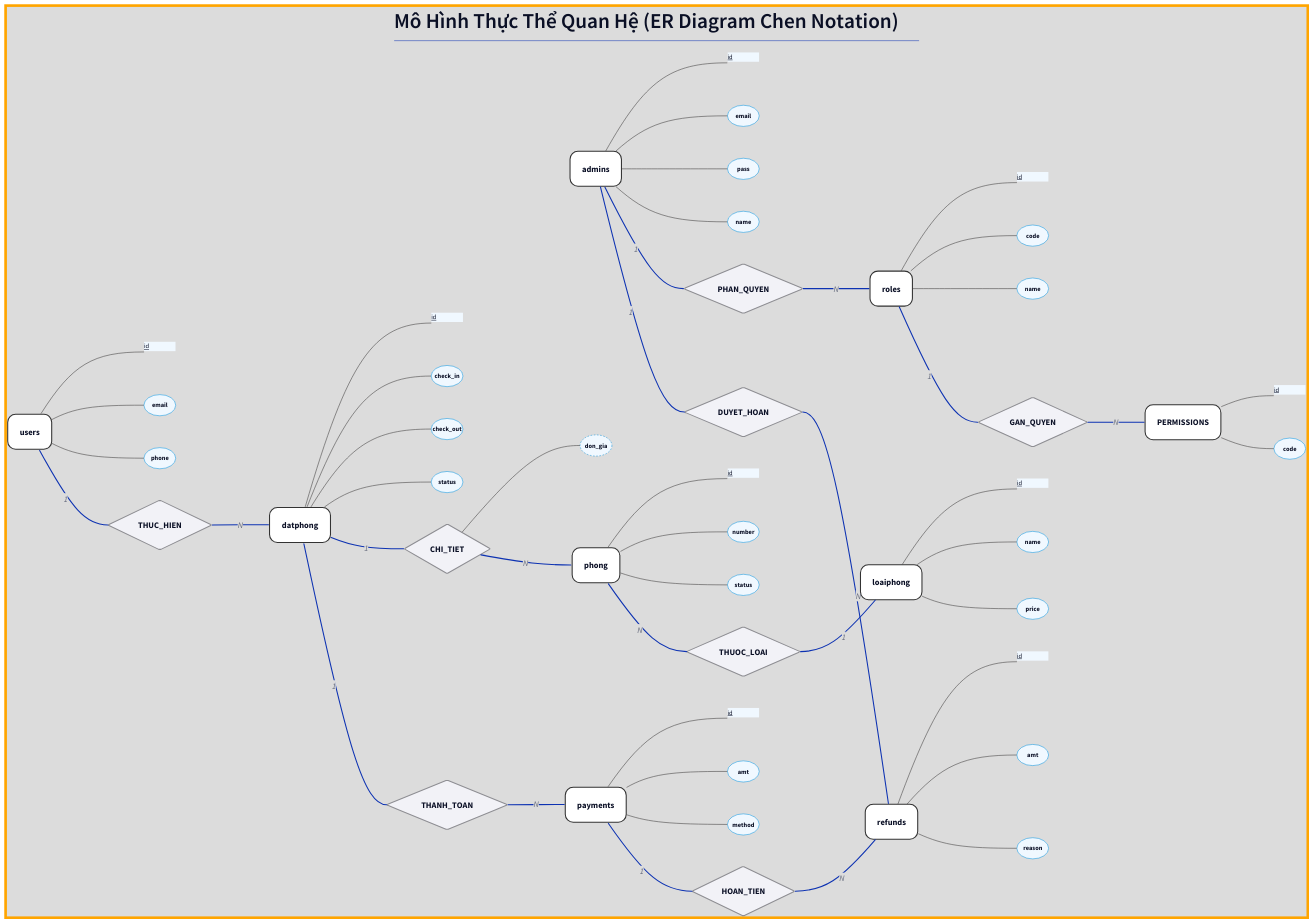
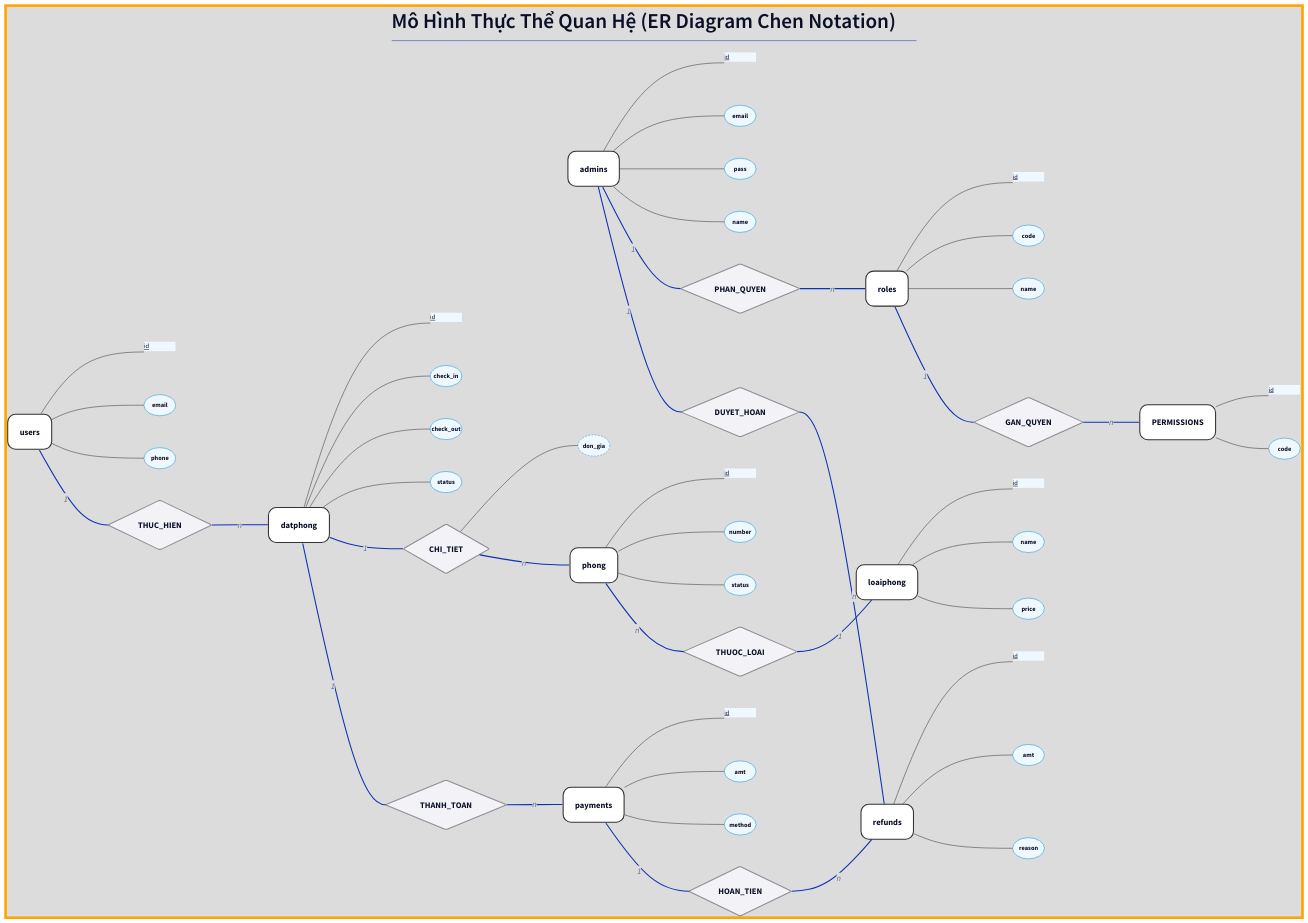
Before and after one commit to sam-uit/typst-report-template: the diagram in content/er.d2, drawn with D2.

```diff
--- a/content/er.d2
+++ b/content/er.d2
@@ -1,196 +1,196 @@
 # Template: D2
 # Author: Sam Dinh
 # Mục đích: Tạo ER Diagram Chen Notation.
 # Trang nguồn: https://d2lang.com/
 # VSCode extension: Terrastruct.d2
 
 direction: right
 
 # Tiêu đề: căn góc trên-giữa
 title: |md
   # Mô Hình Thực Thể Quan Hệ (ER Diagram Chen Notation)
 | {near: top-center}
 
 title.style: {
   font-size: 20
   # font: "mono"
 }
 
 # --- 0. STYLES ---
 style: {
   # font: "mono"
   fill: "#dcdcdc"
   stroke: "orange"
   stroke-width: 5
 }
 
 # --- 1. CSS STYLES (THEME) ---
 classes: {
   # Thực thể: Chữ nhật bo góc Apple style
   entity: {
     shape: rectangle
     style: {
       border-radius: 15
       stroke-width: 2
       fill: "#FFFFFF"
       stroke: "#333333"
     }
   }
 
   # Thuộc tính: Oval màu xanh nhạt
   attr: {
     shape: oval
     width: 60
     height: 40
     style: {
       fill: "#F0F8FF"
       stroke: "#0d95de"
       stroke-width: 1
       font-size: 12
     }
   }
 
   # Quan hệ: Hình thoi
   rel: {
     shape: diamond
     style: {
       fill: "#F2F2F7"
       stroke: "#8E8E93"
     }
   }
 
   # Đường nối thuộc tính: Màu nhạt
   link_attr: {
     style: {
       stroke: "#3a3838"
       stroke-width: 1
     }
   }
 }
 
 # --- 2. DATA MODEL ---
 
 # === AUTH SYSTEM ===
 admins: {class: entity}
 # Attributes
 admin_id: {class: attr; label: |md <u>id</u> |}
 admin_mail: {class: attr; label: email}
 admin_pass: {class: attr; label: pass}
 admin_name: {class: attr; label: name}
 # Connections
 admins -- admin_id: {class: link_attr}
 admins -- admin_mail: {class: link_attr}
 admins -- admin_pass: {class: link_attr}
 admins -- admin_name: {class: link_attr}
 
 roles: {class: entity}
 role_id: {class: attr; label: |md <u>id</u> |}
 role_code: {class: attr; label: code}
 role_name: {class: attr; label: name}
 roles -- role_id: {class: link_attr}
 roles -- role_code: {class: link_attr}
 roles -- role_name: {class: link_attr}
 
 perms: {class: entity; label: PERMISSIONS}
 perm_id: {class: attr; label: |md <u>id</u> |}
 perm_code: {class: attr; label: code}
 perms -- perm_id: {class: link_attr}
 perms -- perm_code: {class: link_attr}
 
 # === BOOKING SYSTEM ===
 users: {class: entity}
 user_id: {class: attr; label: |md <u>id</u> |}
 user_mail: {class: attr; label: email}
 user_phn: {class: attr; label: phone}
 users -- user_id: {class: link_attr}
 users -- user_mail: {class: link_attr}
 users -- user_phn: {class: link_attr}
 
 datphong: {class: entity}
 dp_id: {class: attr; label: |md <u>id</u> |}
 dp_in: {class: attr; label: check_in}
 dp_out: {class: attr; label: check_out}
 dp_stt: {class: attr; label: status}
 datphong -- dp_id: {class: link_attr}
 datphong -- dp_in: {class: link_attr}
 datphong -- dp_out: {class: link_attr}
 datphong -- dp_stt: {class: link_attr}
 
 phong: {class: entity}
 p_id: {class: attr; label: |md <u>id</u> |}
 p_num: {class: attr; label: number}
 p_stt: {class: attr; label: status}
 phong -- p_id: {class: link_attr}
 phong -- p_num: {class: link_attr}
 phong -- p_stt: {class: link_attr}
 
 loaiphong: {class: entity}
 lp_id: {class: attr; label: |md <u>id</u> |}
 lp_name: {class: attr; label: name}
 lp_price: {class: attr; label: price}
 loaiphong -- lp_id: {class: link_attr}
 loaiphong -- lp_name: {class: link_attr}
 loaiphong -- lp_price: {class: link_attr}
 
 # === FINANCE SYSTEM ===
 payments: {class: entity}
 pay_id: {class: attr; label: |md <u>id</u> |}
 pay_amt: {class: attr; label: amt}
 pay_mth: {class: attr; label: method}
 payments -- pay_id: {class: link_attr}
 payments -- pay_amt: {class: link_attr}
 payments -- pay_mth: {class: link_attr}
 
 refunds: {class: entity}
 rf_id: {class: attr; label: |md <u>id</u> |}
 rf_amt: {class: attr; label: amt}
 rf_rsn: {class: attr; label: reason}
 refunds -- rf_id: {class: link_attr}
 refunds -- rf_amt: {class: link_attr}
 refunds -- rf_rsn: {class: link_attr}
 
 # --- 3. RELATIONSHIPS ---
 
 phan_quyen: {class: rel; label: PHAN_QUYEN}
 gan_quyen: {class: rel; label: GAN_QUYEN}
 thuc_hien: {class: rel; label: THUC_HIEN}
 chi_tiet: {class: rel; label: CHI_TIET}
 thuoc_loai: {class: rel; label: THUOC_LOAI}
 thanh_toan: {class: rel; label: THANH_TOAN}
 hoan_tien: {class: rel; label: HOAN_TIEN}
 duyet_hoan: {class: rel; label: DUYET_HOAN}
 
 # Attribute of Relationship
 attr_dongia: {class: attr; label: don_gia; style: {stroke-dash: 3}}
 chi_tiet -- attr_dongia: {class: link_attr}
 
 # --- 4. CONNECTIONS ---
 
 # Admin Flow
 admins -- phan_quyen: 1
-phan_quyen -- roles: N
+phan_quyen -- roles: n
 
 roles -- gan_quyen: 1
-gan_quyen -- perms: N
+gan_quyen -- perms: n
 
 # User Flow
 users -- thuc_hien: 1
-thuc_hien -- datphong: N
+thuc_hien -- datphong: n
 
 # Room Flow
 datphong -- chi_tiet: 1
-chi_tiet -- phong: N
+chi_tiet -- phong: n
 
-phong -- thuoc_loai: N
+phong -- thuoc_loai: n
 thuoc_loai -- loaiphong: 1
 
 # Payment Flow
 datphong -- thanh_toan: 1
-thanh_toan -- payments: N
+thanh_toan -- payments: n
 
 payments -- hoan_tien: 1
-hoan_tien -- refunds: N
+hoan_tien -- refunds: n
 
 # Approval Flow
 admins -- duyet_hoan: 1
-duyet_hoan -- refunds: N
+duyet_hoan -- refunds: n
```
